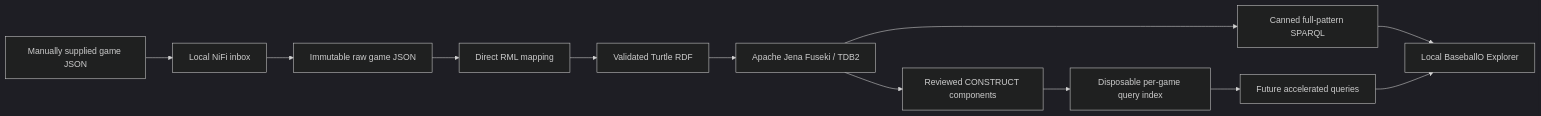
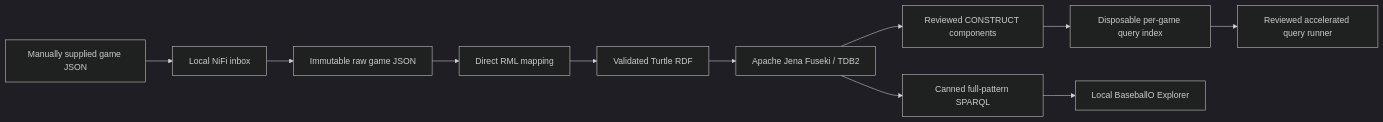
One commit to CarterBeauBenson/BaseballO changed the diagram in Baseball/README.md. Above: the diagram before and after it, drawn with Mermaid (dark theme). The commit also changed other lines of this file and 23 other files, not shown here.

````diff
--- a/Baseball/README.md
+++ b/Baseball/README.md
@@ -7,14 +7,13 @@
 ```mermaid
 flowchart LR
     SOURCE[Manually supplied game JSON] --> INBOX[Local NiFi inbox]
     INBOX --> RAW[Immutable raw game JSON]
     RAW --> RML[Direct RML mapping]
     RML --> RDF[Validated Turtle RDF]
     RDF --> FUSEKI[Apache Jena Fuseki / TDB2]
     FUSEKI --> SPARQL[Canned full-pattern SPARQL]
     FUSEKI --> CONSTRUCT[Reviewed CONSTRUCT components]
     CONSTRUCT --> INDEX[Disposable per-game query index]
-    INDEX --> FAST[Future accelerated queries]
+    INDEX --> FAST[Reviewed accelerated query runner]
     SPARQL --> WEB[Local BaseballO Explorer]
-    FAST --> WEB
 ```
````
